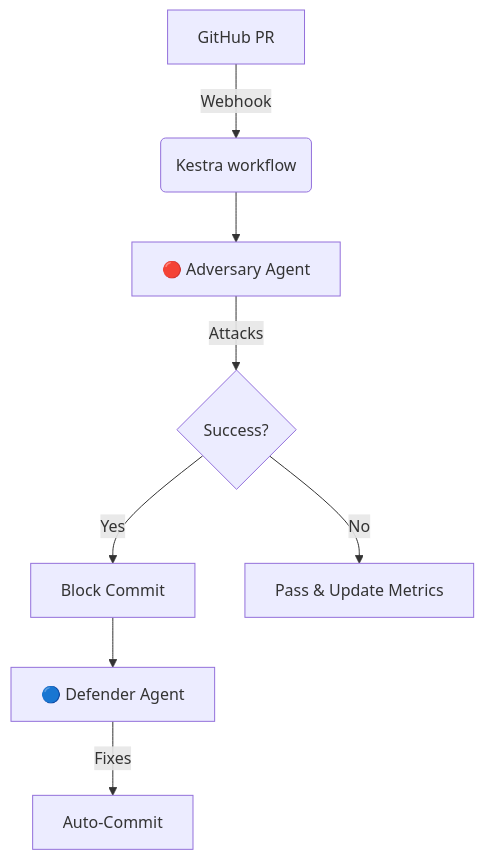
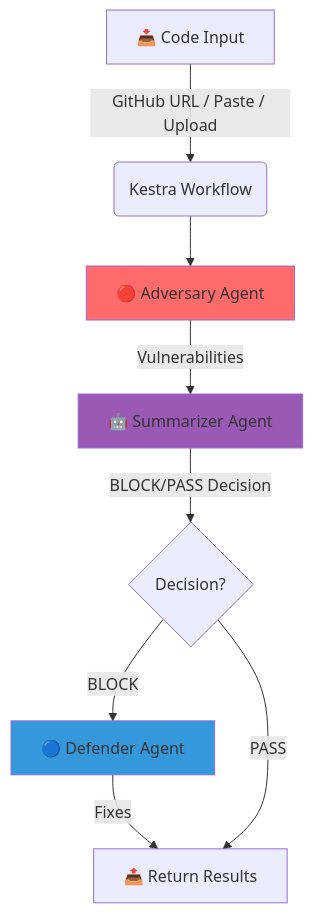
Before and after one commit to haroon0x/RedLoop: the diagram in README.md, drawn with Mermaid. The commit also changed other lines of this file and 3 other files, not shown here.

````diff
--- a/README.md
+++ b/README.md
@@ -29,10 +65,14 @@
 ```mermaid
 graph TD
-    A[GitHub PR] -->|Webhook| B(Kestra workflow)
+    A[📥 Code Input] -->|GitHub URL / Paste / Upload| B(Kestra Workflow)
     B --> C[🔴 Adversary Agent]
-    C -->|Attacks| D{Success?}
-    D -->|Yes| E[Block Commit]
-    E --> F[🔵 Defender Agent]
-    F -->|Fixes| G[Auto-Commit]
-    D -->|No| H[Pass & Update Metrics]
+    C -->|Vulnerabilities| D[🤖 Summarizer Agent]
+    D -->|BLOCK/PASS Decision| E{Decision?}
+    E -->|BLOCK| F[🔵 Defender Agent]
+    F -->|Fixes| G[📤 Return Results]
+    E -->|PASS| G
+    
+    style C fill:#ff6b6b
+    style D fill:#9b59b6
+    style F fill:#3498db
 ```
````
